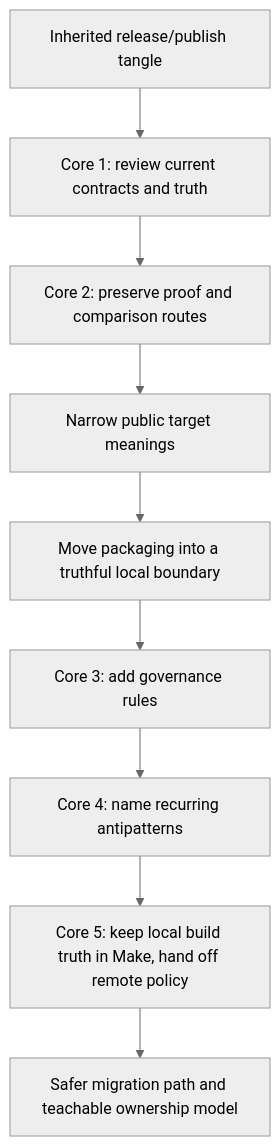
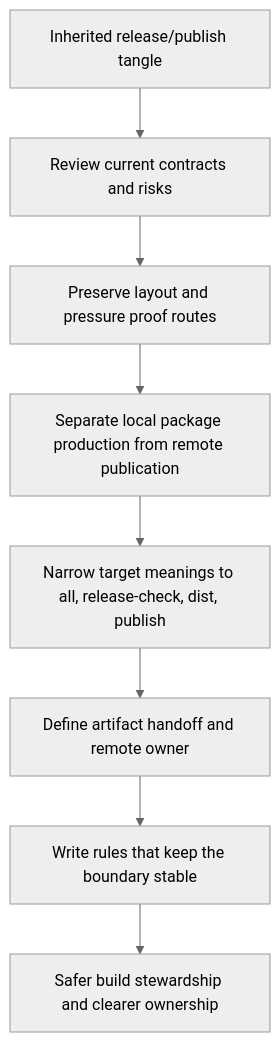
Before and after one commit to bijux/bijux-masterclass: the third of 3 diagrams in programs/reproducible-research/deep-dive-make/course-book/module-10-migration-governance-tool-boundaries/worked-example-planning-a-safe-build-migration.md, drawn with Mermaid (neutral theme). The commit also changed other lines of this file, not shown here.

Commit message:
docs(make): stage one safe module 10 migration narrative

````diff
--- a/programs/reproducible-research/deep-dive-make/course-book/module-10-migration-governance-tool-boundaries/worked-example-planning-a-safe-build-migration.md
+++ b/programs/reproducible-research/deep-dive-make/course-book/module-10-migration-governance-tool-boundaries/worked-example-planning-a-safe-build-migration.md
@@ -310,11 +335,10 @@
 ```mermaid
 flowchart TD
-  inherited["Inherited release/publish tangle"] --> review["Core 1: review current contracts and truth"]
-  review --> proof["Core 2: preserve proof and comparison routes"]
-  proof --> contracts["Narrow public target meanings"]
-  contracts --> package["Move packaging into a truthful local boundary"]
-  package --> governance["Core 3: add governance rules"]
-  governance --> smells["Core 4: name recurring antipatterns"]
-  smells --> boundary["Core 5: keep local build truth in Make, hand off remote policy"]
-  boundary --> result["Safer migration path and teachable ownership model"]
+  inherited["Inherited release/publish tangle"] --> review["Review current contracts and risks"]
+  review --> preserve["Preserve layout and pressure proof routes"]
+  preserve --> firstmove["Separate local package production from remote publication"]
+  firstmove --> publicsurface["Narrow target meanings to all, release-check, dist, publish"]
+  publicsurface --> handoff["Define artifact handoff and remote owner"]
+  handoff --> governance["Write rules that keep the boundary stable"]
+  governance --> outcome["Safer build stewardship and clearer ownership"]
 ```
````
